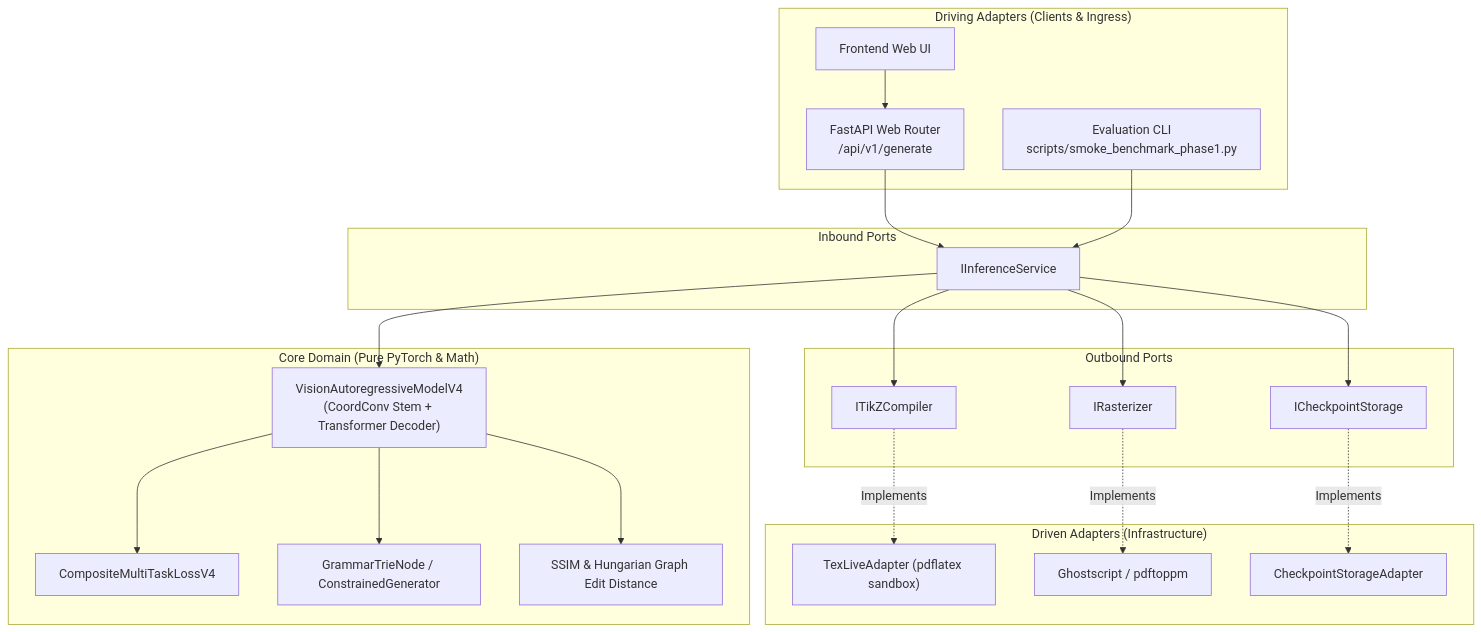
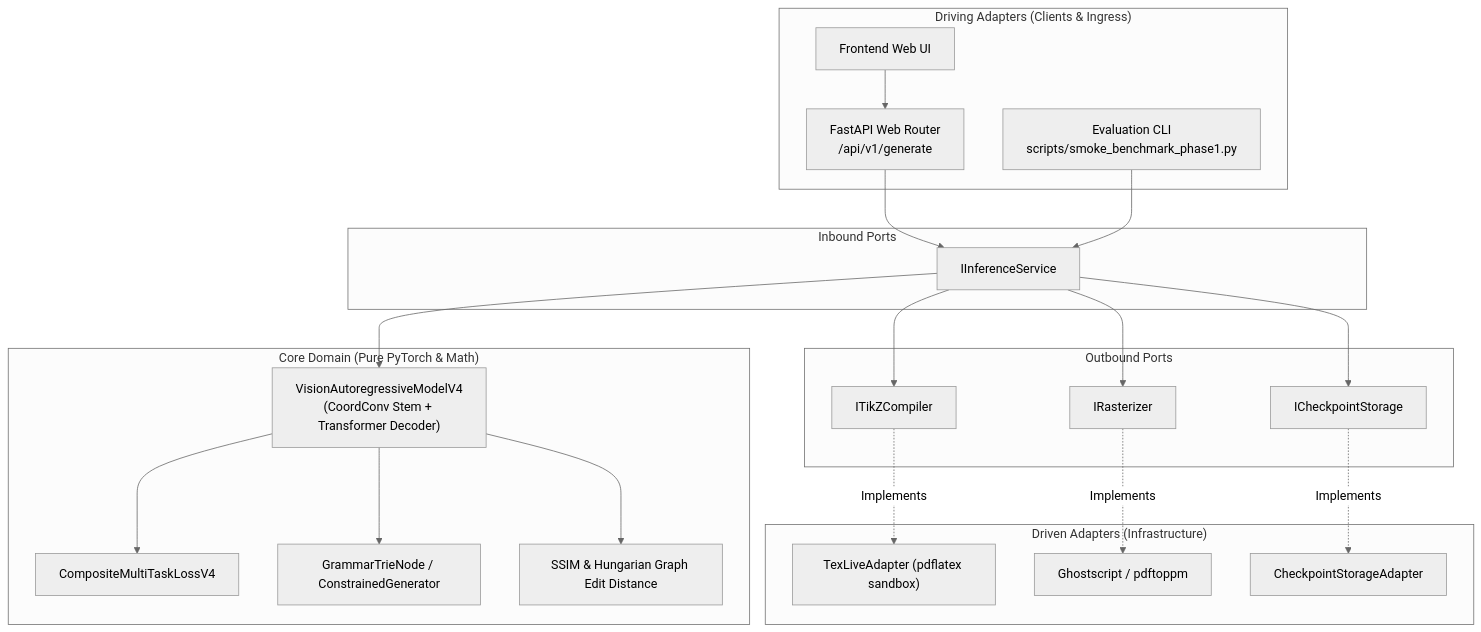
The first of 3 diagrams in README.md (antoniomachuca/TIkZfy), drawn with Mermaid before and after one commit. The commit also changed other lines of this file, not shown here.

Commit message:
docs: apply neutral theme to mermaid diagrams and update training details in README.md

````diff
--- a/README.md
+++ b/README.md
@@ -56,48 +56,49 @@
 ```mermaid
+%%{init: {'theme': 'neutral'}}%%
 flowchart TB
     subgraph DrivingAdapters["Driving Adapters (Clients & Ingress)"]
         FastAPI["FastAPI Web Router<br/>/api/v1/generate"]
         WebUI["Frontend Web UI"]
         EvalCLI["Evaluation CLI<br/>scripts/smoke_benchmark_phase1.py"]
     end
 
     subgraph PortsIn["Inbound Ports"]
         IInf["IInferenceService"]
     end
 
     subgraph CoreDomain["Core Domain (Pure PyTorch & Math)"]
         Model["VisionAutoregressiveModelV4<br/>(CoordConv Stem + Transformer Decoder)"]
         Loss["CompositeMultiTaskLossV4"]
         Grammar["GrammarTrieNode / ConstrainedGenerator"]
         Metrics["SSIM & Hungarian Graph Edit Distance"]
     end
 
     subgraph PortsOut["Outbound Ports"]
         IComp["ITikZCompiler"]
         IRast["IRasterizer"]
         IStorage["ICheckpointStorage"]
     end
 
     subgraph DrivenAdapters["Driven Adapters (Infrastructure)"]
         TexLive["TexLiveAdapter (pdflatex sandbox)"]
         Rasterizer["Ghostscript / pdftoppm"]
         DiskStore["CheckpointStorageAdapter"]
     end
 
     FastAPI --> IInf
     WebUI --> FastAPI
     EvalCLI --> IInf
 
     IInf --> Model
     Model --> Loss
     Model --> Grammar
     Model --> Metrics
 
     IInf --> IComp
     IInf --> IRast
     IInf --> IStorage
 
     IComp -.->|Implements| TexLive
     IRast -.->|Implements| Rasterizer
     IStorage -.->|Implements| DiskStore
 ```
````
